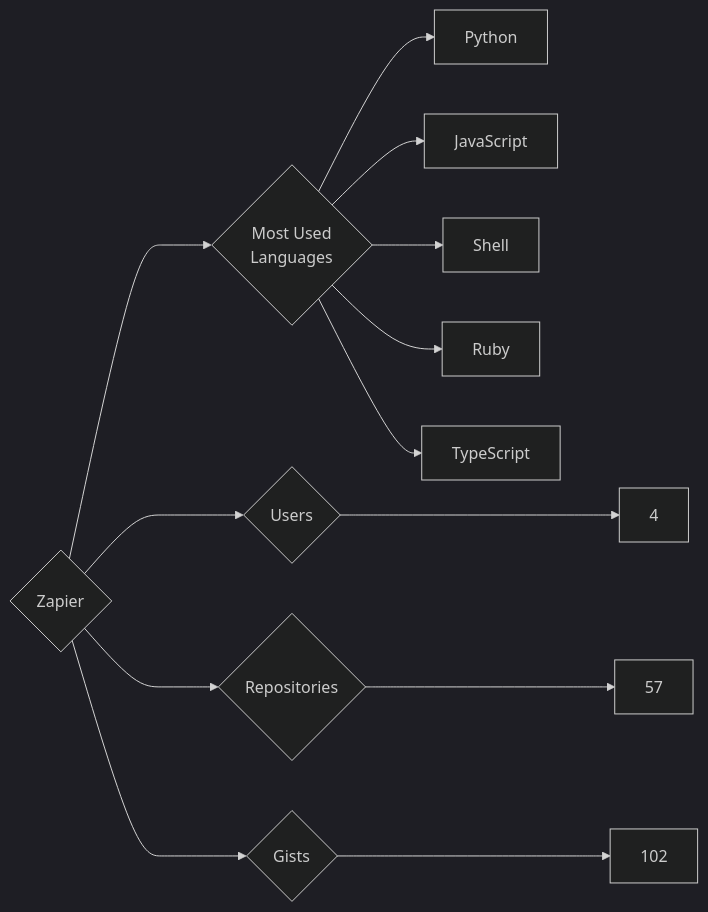
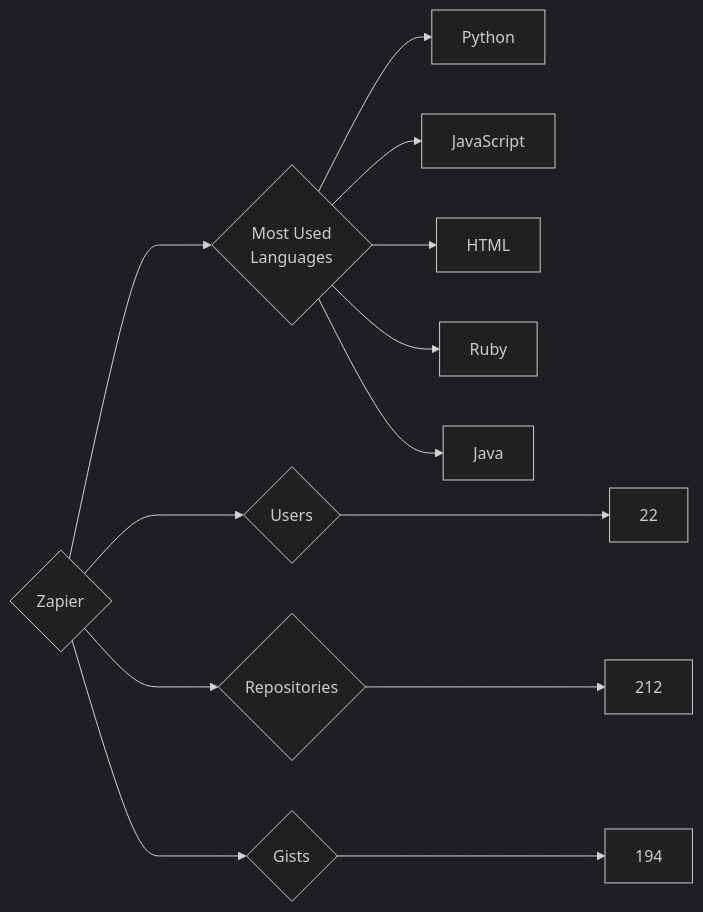
The diagram in targets/Zapier/README.md (trickest/insiders), drawn with Mermaid (dark theme) before and after one commit. The commit also changed 794 other files, not shown here.

````diff
--- a/targets/Zapier/README.md
+++ b/targets/Zapier/README.md
@@ -3,13 +3,13 @@
 ```mermaid
 graph LR
 COMPANY_NAME{Zapier}
-COMPANY_NAME ---> U{Users} ---> UN[4]
-COMPANY_NAME ---> R{Repositories} ---> RN[57]
-COMPANY_NAME ---> G{Gists} ---> GN[102]
+COMPANY_NAME ---> U{Users} ---> UN[22]
+COMPANY_NAME ---> R{Repositories} ---> RN[212]
+COMPANY_NAME ---> G{Gists} ---> GN[194]
 COMPANY_NAME ---> ML{Most Used<br>Languages}
 ML --> Python[Python]
 ML --> JavaScript[JavaScript]
-ML --> Shell[Shell]
+ML --> HTML[HTML]
 ML --> Ruby[Ruby]
-ML --> TypeScript[TypeScript]
+ML --> Java[Java]
 ```
````
